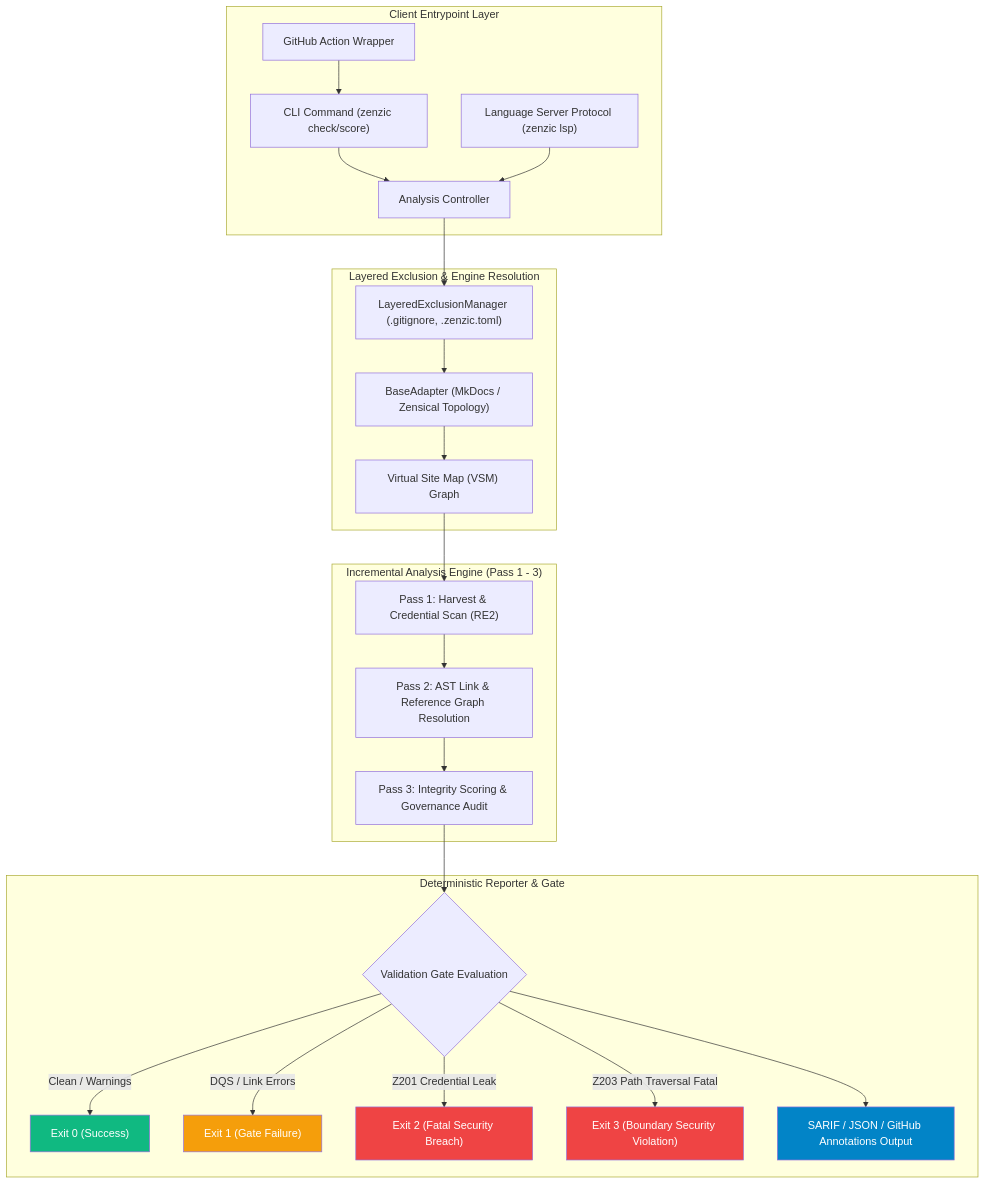
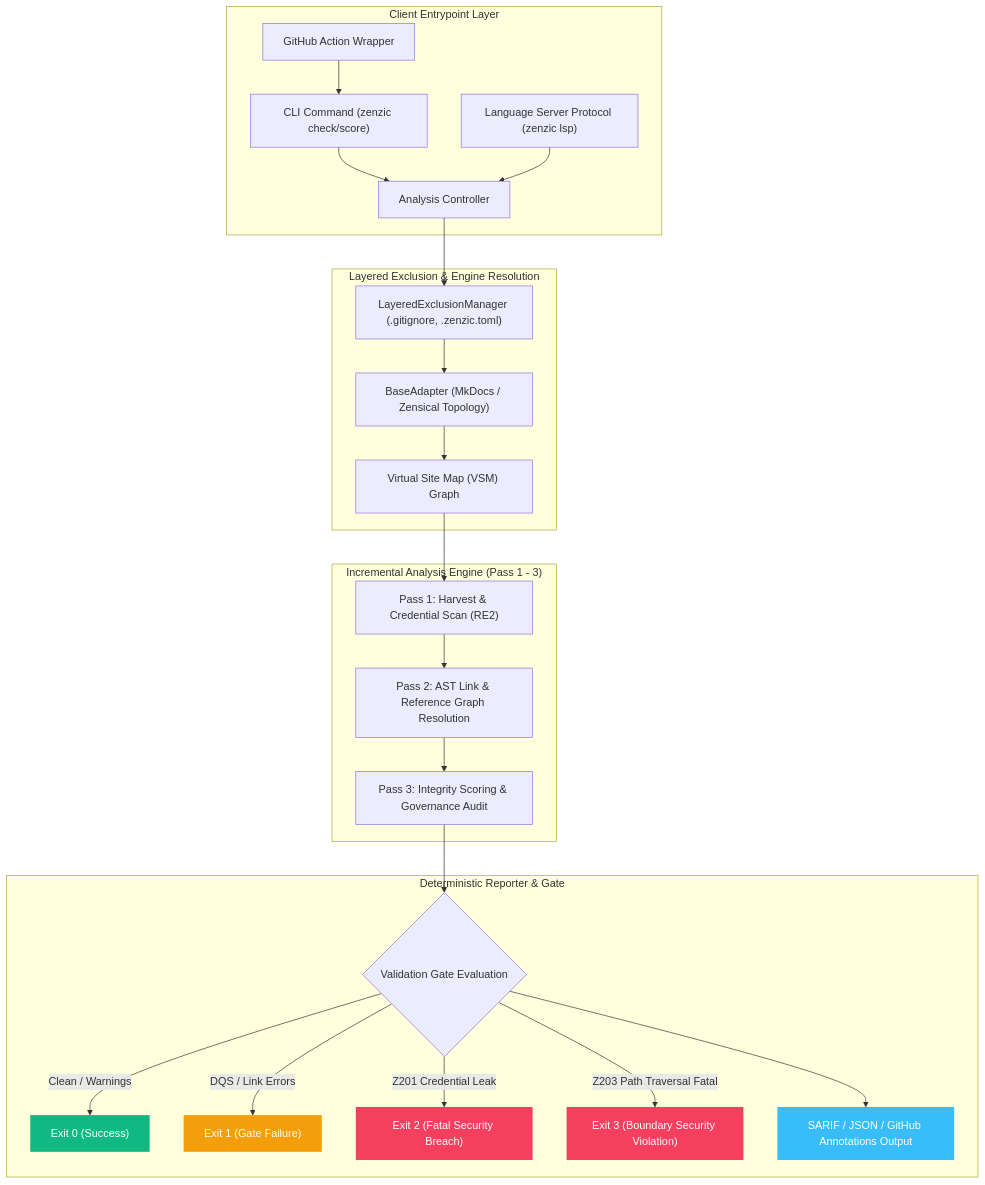
Before and after one commit to PythonWoods-Dev/zenzic: the first of 2 diagrams in docs/explanation/architecture.md, drawn with Mermaid. The commit also changed other lines of this file and 11 other files, not shown here.

````diff
--- a/docs/explanation/architecture.md
+++ b/docs/explanation/architecture.md
@@ -39,35 +39,39 @@
 ```mermaid
 flowchart TD
     subgraph Client ["Client Entrypoint Layer"]
         A["CLI Command (zenzic check/score)"] --> D["Analysis Controller"]
         B["Language Server Protocol (zenzic lsp)"] --> D
         C["GitHub Action Wrapper"] --> A
     end
 
     subgraph Scope ["Layered Exclusion & Engine Resolution"]
         D --> E["LayeredExclusionManager (.gitignore, .zenzic.toml)"]
         E --> F["BaseAdapter (MkDocs / Zensical Topology)"]
         F --> G["Virtual Site Map (VSM) Graph"]
     end
 
     subgraph Analysis ["Incremental Analysis Engine (Pass 1 - 3)"]
         G --> H["Pass 1: Harvest & Credential Scan (RE2)"]
         H --> I["Pass 2: AST Link & Reference Graph Resolution"]
         I --> J["Pass 3: Integrity Scoring & Governance Audit"]
     end
 
     subgraph Output ["Deterministic Reporter & Gate"]
         J --> K{"Validation Gate Evaluation"}
         K -->|Clean / Warnings| L["Exit 0 (Success)"]
         K -->|DQS / Link Errors| M["Exit 1 (Gate Failure)"]
         K -->|Z201 Credential Leak| N["Exit 2 (Fatal Security Breach)"]
         K -->|Z203 Path Traversal Fatal| O["Exit 3 (Boundary Security Violation)"]
         K --> P["SARIF / JSON / GitHub Annotations Output"]
     end
 
-    style L fill:#10b981,color:#fff
-    style M fill:#f59e0b,color:#fff
-    style N fill:#ef4444,color:#fff
-    style O fill:#ef4444,color:#fff
-    style P fill:#0284c7,color:#fff
+    classDef entry fill:#4f46e5,color:#fff,stroke-width:0px
+    classDef data fill:#38bdf8,color:#fff,stroke-width:0px
+    classDef ok fill:#10b981,color:#fff,stroke-width:0px
+    classDef gate fill:#f59e0b,color:#fff,stroke-width:0px
+    classDef danger fill:#f43f5e,color:#fff,stroke-width:0px
+    class P data
+    class L ok
+    class M gate
+    class N,O danger
 ```
````
